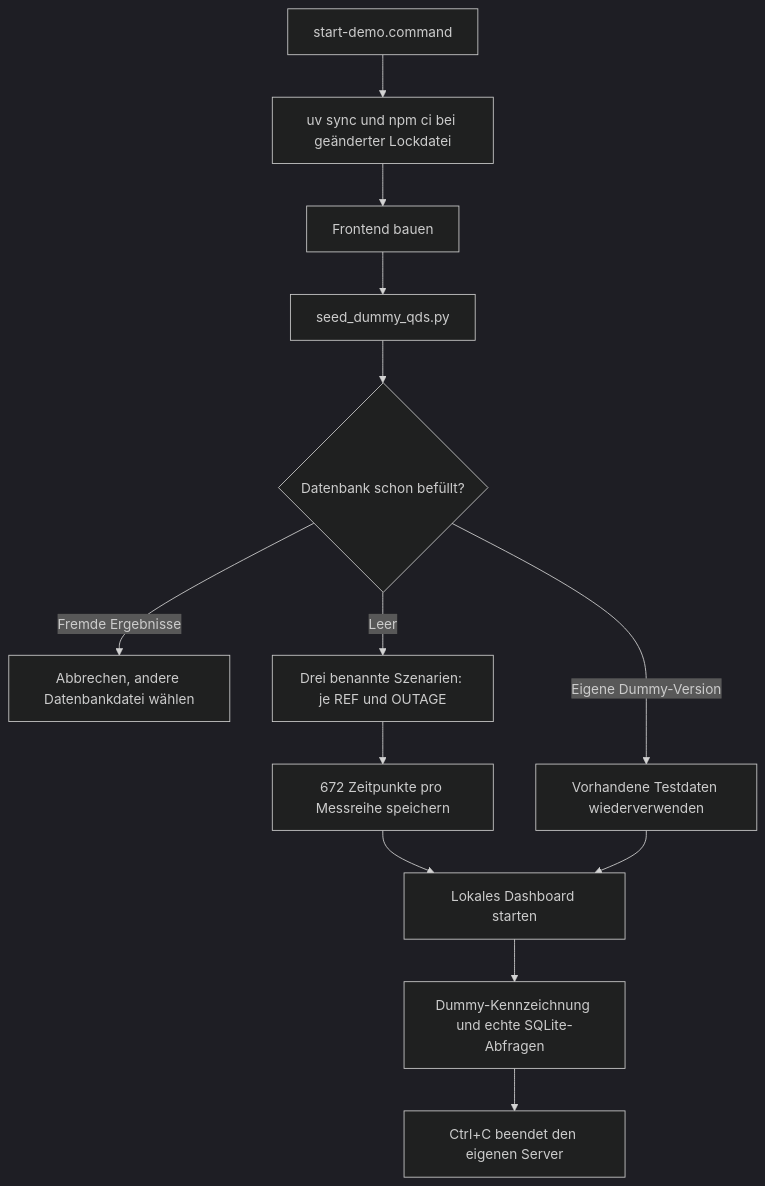
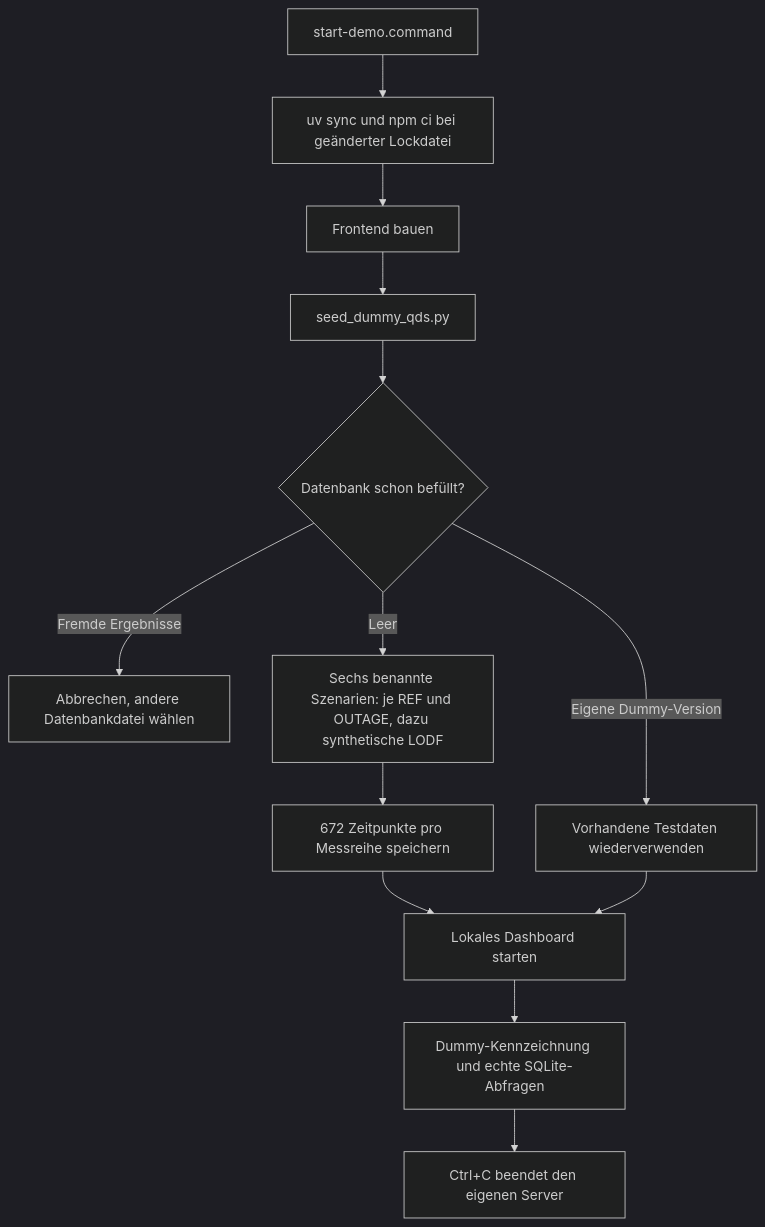
The eighth of 9 diagrams in BIG_PICTURE.md (hadiibrahim-Engin/nahriva-grid-analysis), drawn with Mermaid (dark theme) before and after one commit. The commit also changed other lines of this file and 49 other files, not shown here.

First line of the commit message:
feat: Implement outage assessment with LODF calculation

````diff
--- a/BIG_PICTURE.md
+++ b/BIG_PICTURE.md
@@ -267,15 +278,15 @@
 ```mermaid
 flowchart TD
     Command[start-demo.command] --> Setup[uv sync und npm ci bei geänderter Lockdatei]
     Setup --> Build[Frontend bauen]
     Build --> Seed[seed_dummy_qds.py]
     Seed --> Exists{Datenbank schon befüllt?}
     Exists -->|Eigene Dummy-Version| Reuse[Vorhandene Testdaten wiederverwenden]
     Exists -->|Fremde Ergebnisse| Abort[Abbrechen, andere Datenbankdatei wählen]
-    Exists -->|Leer| Generate[Drei benannte Szenarien: je REF und OUTAGE]
+    Exists -->|Leer| Generate[Sechs benannte Szenarien: je REF und OUTAGE, dazu synthetische LODF]
     Generate --> Store[672 Zeitpunkte pro Messreihe speichern]
     Store --> Launch[Lokales Dashboard starten]
     Reuse --> Launch
     Launch --> Browser[Dummy-Kennzeichnung und echte SQLite-Abfragen]
     Browser --> Stop[Ctrl+C beendet den eigenen Server]
 ```
````
